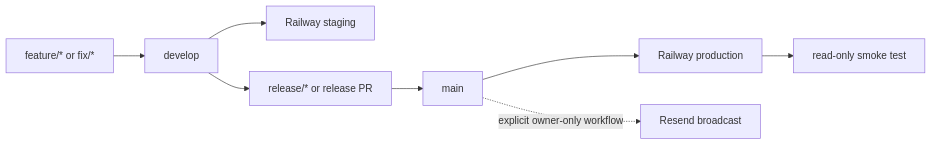
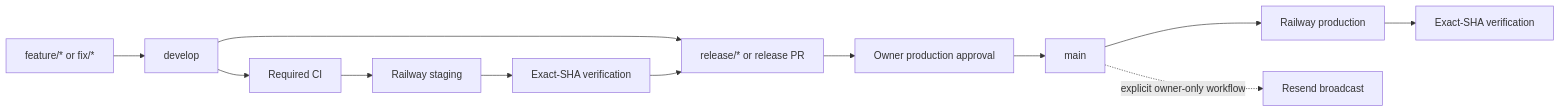
Before and after one commit to luccae11235/grove: the diagram in docs/production-and-release-runbook.md, drawn with Mermaid. The commit also changed other lines of this file and 15 other files, not shown here.

Commit message:
ci: verify exact Railway releases

````diff
--- a/docs/production-and-release-runbook.md
+++ b/docs/production-and-release-runbook.md
@@ -22,10 +22,14 @@
 ```mermaid
 flowchart LR
   Feature["feature/* or fix/*"] --> Develop["develop"]
-  Develop --> Staging["Railway staging"]
+  Develop --> CI["Required CI"]
+  CI --> Staging["Railway staging"]
+  Staging --> StagingProof["Exact-SHA verification"]
   Develop --> Release["release/* or release PR"]
-  Release --> Main["main"]
+  StagingProof --> Release
+  Release --> Approval["Owner production approval"]
+  Approval --> Main["main"]
   Main --> Production["Railway production"]
-  Production --> Smoke["read-only smoke test"]
+  Production --> Smoke["Exact-SHA verification"]
   Main -. explicit owner-only workflow .-> Resend["Resend broadcast"]
 ```
````
